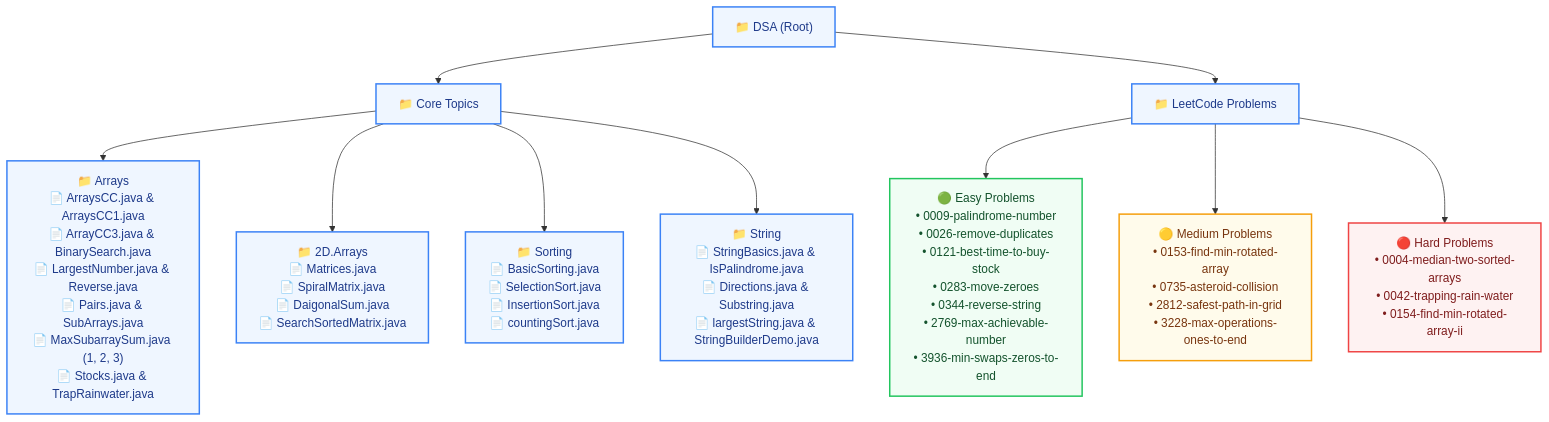
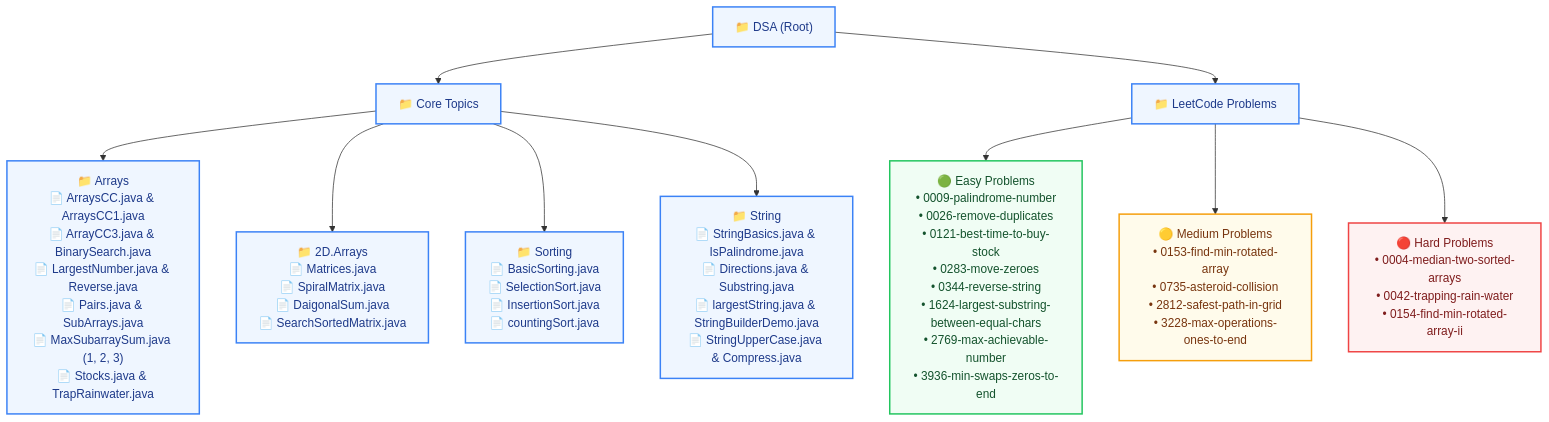
The diagram in README.md (raghuvanshi-sec/DSA), drawn with Mermaid before and after one commit. The commit also changed other lines of this file and 4 other files, not shown here.

````diff
--- a/README.md
+++ b/README.md
@@ -22,30 +22,30 @@
 ```mermaid
 flowchart TD
     DSA["📁 DSA (Root)"]
     
     %% Core Categories
     DSA --> Core["📁 Core Topics"]
     DSA --> LC["📁 LeetCode Problems"]
     
     %% Core Topics Breakdown
     Core --> Arrays["📁 Arrays<br/>📄 ArraysCC.java & ArraysCC1.java<br/>📄 ArrayCC3.java & BinarySearch.java<br/>📄 LargestNumber.java & Reverse.java<br/>📄 Pairs.java & SubArrays.java<br/>📄 MaxSubarraySum.java (1, 2, 3)<br/>📄 Stocks.java & TrapRainwater.java"]
     Core --> 2DArrays["📁 2D.Arrays<br/>📄 Matrices.java<br/>📄 SpiralMatrix.java<br/>📄 DaigonalSum.java<br/>📄 SearchSortedMatrix.java"]
     Core --> Sorting["📁 Sorting<br/>📄 BasicSorting.java<br/>📄 SelectionSort.java<br/>📄 InsertionSort.java<br/>📄 countingSort.java"]
-    Core --> String["📁 String<br/>📄 StringBasics.java & IsPalindrome.java<br/>📄 Directions.java & Substring.java<br/>📄 largestString.java & StringBuilderDemo.java"]
+    Core --> String["📁 String<br/>📄 StringBasics.java & IsPalindrome.java<br/>📄 Directions.java & Substring.java<br/>📄 largestString.java & StringBuilderDemo.java<br/>📄 StringUpperCase.java & Compress.java"]
     
     %% LeetCode Breakdown
-    LC --> LCEasy["🟢 Easy Problems<br/>• 0009-palindrome-number<br/>• 0026-remove-duplicates<br/>• 0121-best-time-to-buy-stock<br/>• 0283-move-zeroes<br/>• 0344-reverse-string<br/>• 2769-max-achievable-number<br/>• 3936-min-swaps-zeros-to-end"]
+    LC --> LCEasy["🟢 Easy Problems<br/>• 0009-palindrome-number<br/>• 0026-remove-duplicates<br/>• 0121-best-time-to-buy-stock<br/>• 0283-move-zeroes<br/>• 0344-reverse-string<br/>• 1624-largest-substring-between-equal-chars<br/>• 2769-max-achievable-number<br/>• 3936-min-swaps-zeros-to-end"]
     LC --> LCMed["🟡 Medium Problems<br/>• 0153-find-min-rotated-array<br/>• 0735-asteroid-collision<br/>• 2812-safest-path-in-grid<br/>• 3228-max-operations-ones-to-end"]
     LC --> LCHard["🔴 Hard Problems<br/>• 0004-median-two-sorted-arrays<br/>• 0042-trapping-rain-water<br/>• 0154-find-min-rotated-array-ii"]
 
     %% Styling
     classDef folder fill:#eff6ff,stroke:#3b82f6,stroke-width:2px,color:#1e3a8a;
     classDef easy fill:#f0fdf4,stroke:#22c55e,stroke-width:2px,color:#14532d;
     classDef medium fill:#fffbeb,stroke:#f59e0b,stroke-width:2px,color:#78350f;
     classDef hard fill:#fef2f2,stroke:#ef4444,stroke-width:2px,color:#7f1d1d;
     
     class DSA,Core,LC,Arrays,2DArrays,Sorting,String folder;
     class LCEasy easy;
     class LCMed medium;
     class LCHard hard;
 ```
````
